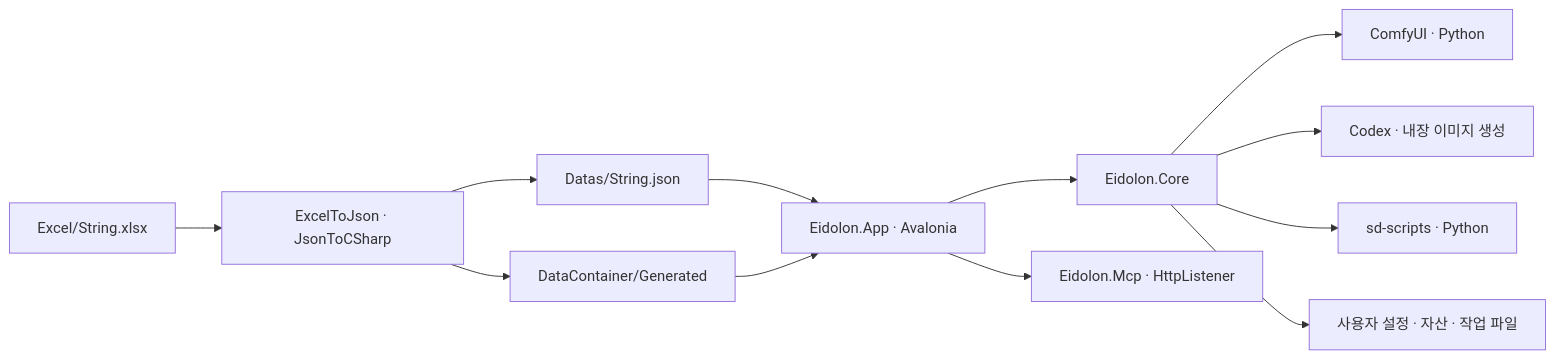
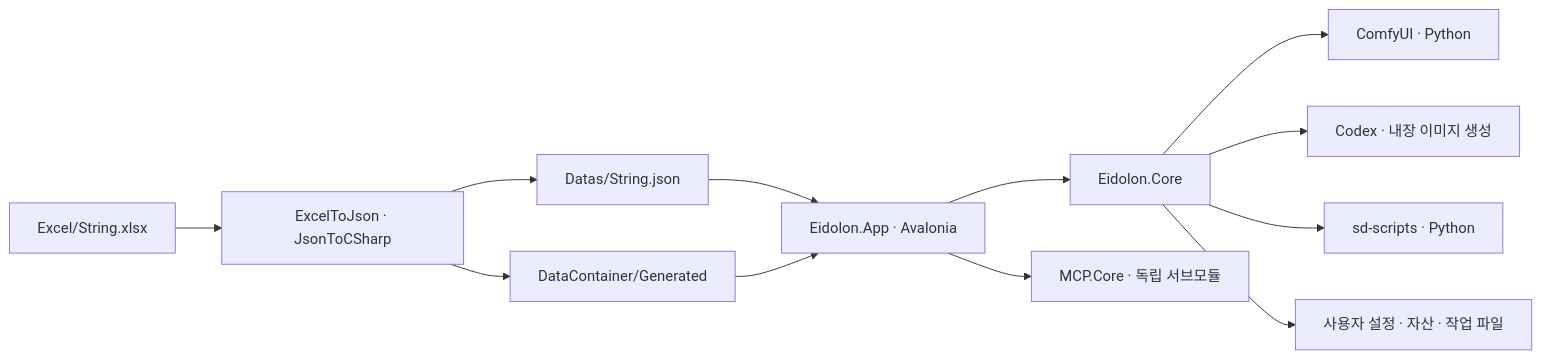
Before and after one commit to EomTaeWook/Eidolon: the diagram in Docs/EidolonArchitecture.md, drawn with Mermaid. The commit also changed other lines of this file and 37 other files, not shown here.

Commit message:
MCP 모듈 서브모듈 분리와 작업 대기·갤러리 화면 개선

````diff
--- a/Docs/EidolonArchitecture.md
+++ b/Docs/EidolonArchitecture.md
@@ -15,14 +15,14 @@
 ```mermaid
 flowchart LR
     Excel[Excel/String.xlsx] --> Export[ExcelToJson · JsonToCSharp]
     Export --> Json[Datas/String.json]
     Export --> Templates[DataContainer/Generated]
     Json --> App[Eidolon.App · Avalonia]
     Templates --> App
     App --> Core[Eidolon.Core]
-    App --> Mcp[Eidolon.Mcp · HttpListener]
+    App --> Mcp[MCP.Core · 독립 서브모듈]
     Core --> Comfy[ComfyUI · Python]
     Core --> Codex[Codex · 내장 이미지 생성]
     Core --> Training[sd-scripts · Python]
     Core --> Files[사용자 설정 · 자산 · 작업 파일]
 ```
````
